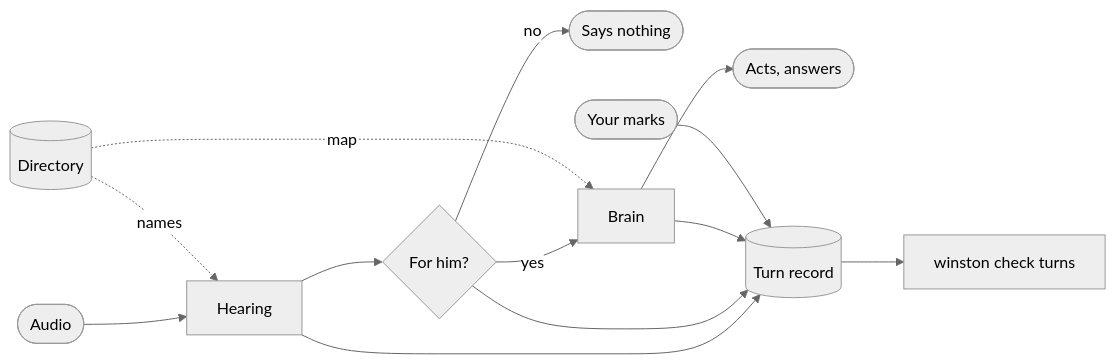
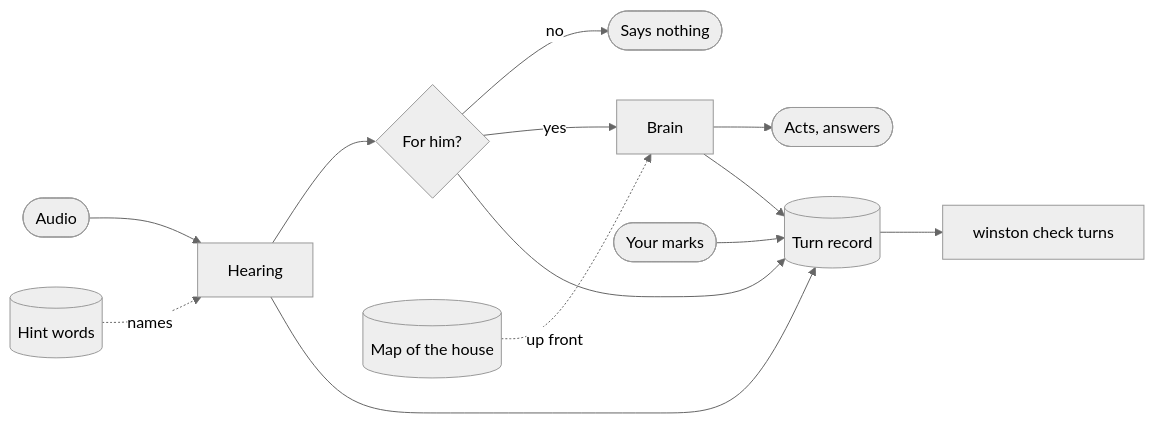
One commit to aldinsmajlovic/winston changed the diagram in docs/understanding.md. Above: the diagram before and after it, drawn with Mermaid (neutral theme). The commit also changed other lines of this file and 32 other files, not shown here.

````diff
--- a/docs/understanding.md
+++ b/docs/understanding.md
@@ -31,13 +18,13 @@
 ```mermaid
 flowchart LR
   audio([Audio]) --> hear[Hearing]
-  dir[(Directory)] -. names .-> hear
+  hints[(Hint words)] -. names .-> hear
   hear --> who{For him?}
   who -- no --> silent([Says nothing])
   who -- yes --> brain[Brain]
-  dir -. map .-> brain
+  dir[(Map of the house)] -. up front .-> brain
   brain --> act([Acts, answers])
   hear & who & brain --> rec[(Turn record)]
   marks([Your marks]) --> rec
   rec --> check[winston check turns]
 ```
````
